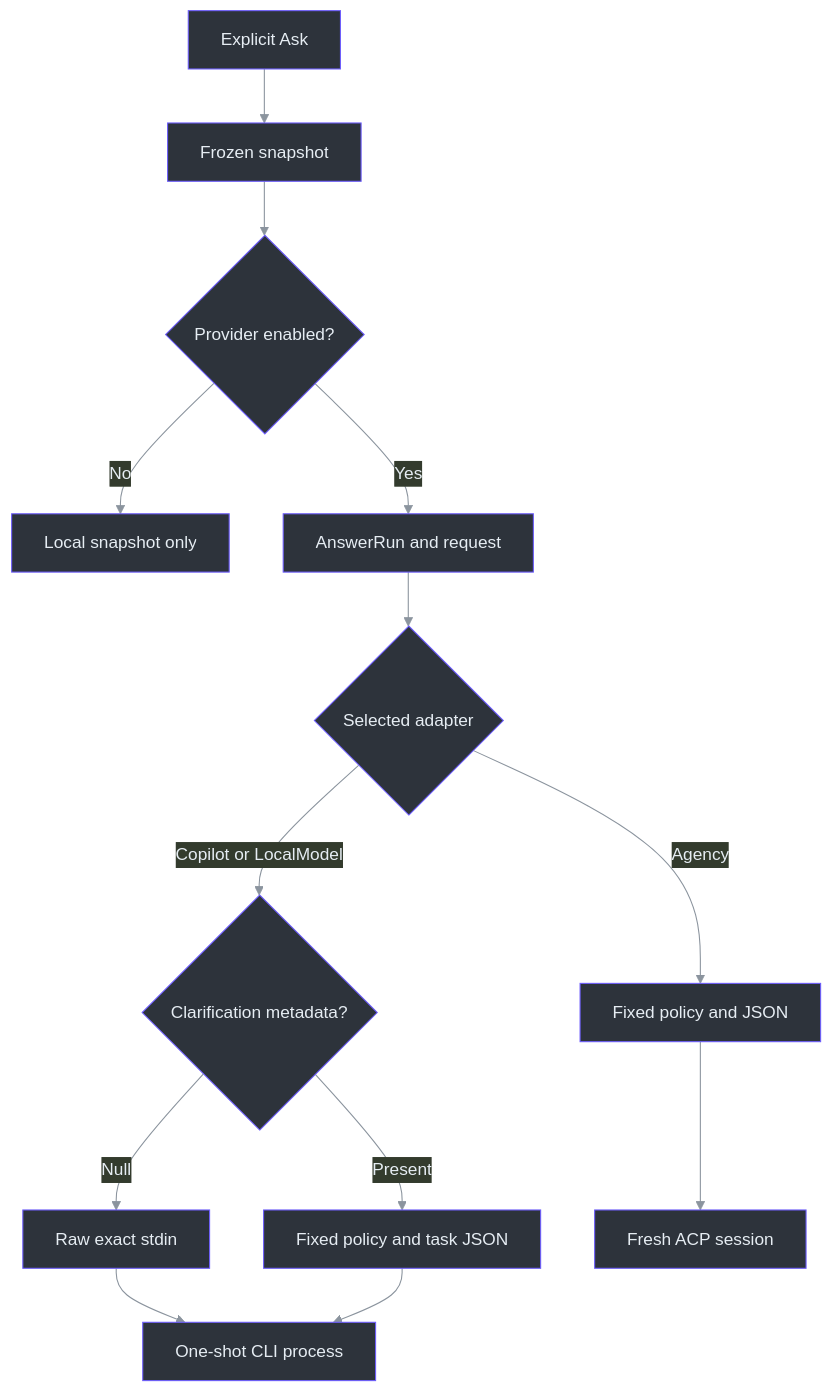
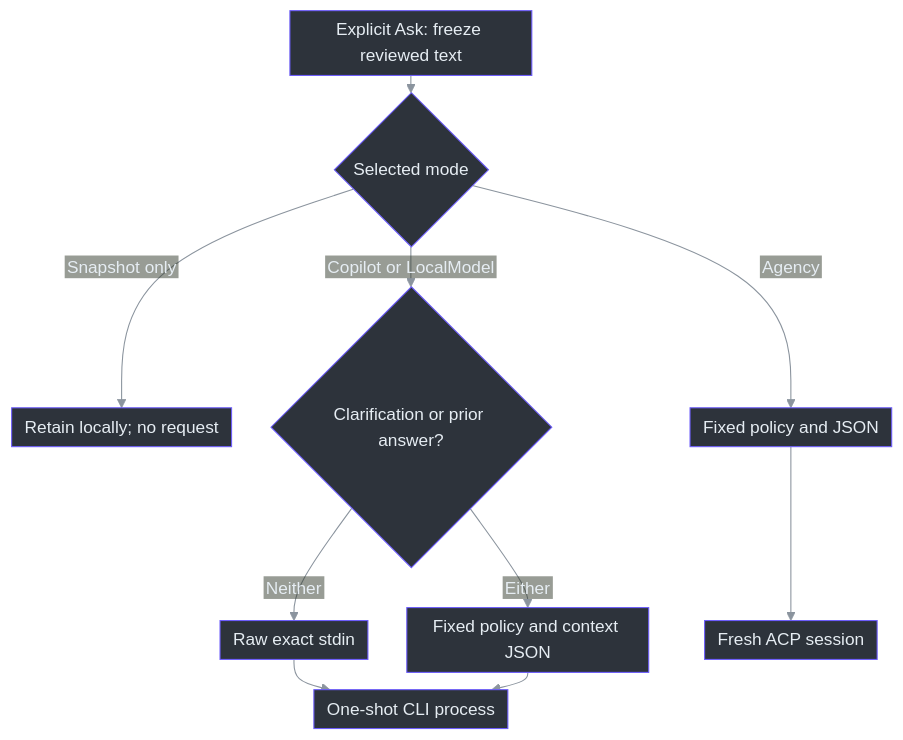
The first of 2 diagrams in docs/handbook/24-provider-source-walkthrough.md (Zanark/phantom-fudge), drawn with Mermaid before and after one commit. The commit also changed other lines of this file and 129 other files, not shown here.

````diff
--- a/docs/handbook/24-provider-source-walkthrough.md
+++ b/docs/handbook/24-provider-source-walkthrough.md
@@ -17,40 +17,40 @@
 ```mermaid
 ---
 config:
   theme: base
   themeVariables:
     primaryColor: "#2d333b"
     primaryBorderColor: "#6d5dfc"
     primaryTextColor: "#e6edf3"
     lineColor: "#8b949e"
     clusterBkg: "#161b22"
     clusterBorder: "#30363d"
+  fontFamily: "Segoe UI, Arial, sans-serif"
+  flowchart:
+    nodeSpacing: 36
+    rankSpacing: 16
+    padding: 6
+    htmlLabels: false
 ---
 flowchart TD
     accTitle: Explicit question and clarification routes
-    accDescr: Ask freezes a snapshot. Snapshot-only stays local. Agency serializes every question under the controlled role. Direct Copilot preserves raw default text and envelopes only opted-in clarification.
-    A["Explicit Ask"] --> B["Frozen snapshot"]
-    B --> C{"Provider enabled?"}
-    C -->|No| D["Local snapshot only"]
-    C -->|Yes| E["AnswerRun and request"]
-    E --> F{"Selected adapter"}
-    F -->|Agency| G["Fixed policy and JSON"]
-    F -->|Copilot or LocalModel| H{"Clarification metadata?"}
-    H -->|Null| I["Raw exact stdin"]
-    H -->|Present| J["Fixed policy and task JSON"]
+    accDescr: Ask freezes a snapshot and optional previous answer. Snapshot-only stays local. Agency uses the controlled role; direct Copilot preserves raw default text and envelopes either opted-in context.
+    A["Explicit Ask: freeze reviewed text"] --> C{"Selected mode"}
+    C -->|Snapshot only| D["Retain locally; no request"]
+    C -->|Agency| G["Fixed policy and JSON"]
+    C -->|Copilot or LocalModel| H{"Clarification or prior answer?"}
+    H -->|Neither| I["Raw exact stdin"]
+    H -->|Either| J["Fixed policy and context JSON"]
     G --> K["Fresh ACP session"]
     I --> L["One-shot CLI process"]
     J --> L
     style A fill:#2d333b,stroke:#6d5dfc,color:#e6edf3
-    style B fill:#2d333b,stroke:#6d5dfc,color:#e6edf3
     style C fill:#2d333b,stroke:#6d5dfc,color:#e6edf3
     style D fill:#2d333b,stroke:#6d5dfc,color:#e6edf3
-    style E fill:#2d333b,stroke:#6d5dfc,color:#e6edf3
-    style F fill:#2d333b,stroke:#6d5dfc,color:#e6edf3
     style G fill:#2d333b,stroke:#6d5dfc,color:#e6edf3
     style H fill:#2d333b,stroke:#6d5dfc,color:#e6edf3
     style I fill:#2d333b,stroke:#6d5dfc,color:#e6edf3
     style J fill:#2d333b,stroke:#6d5dfc,color:#e6edf3
     style K fill:#2d333b,stroke:#6d5dfc,color:#e6edf3
     style L fill:#2d333b,stroke:#6d5dfc,color:#e6edf3
 ```
````
